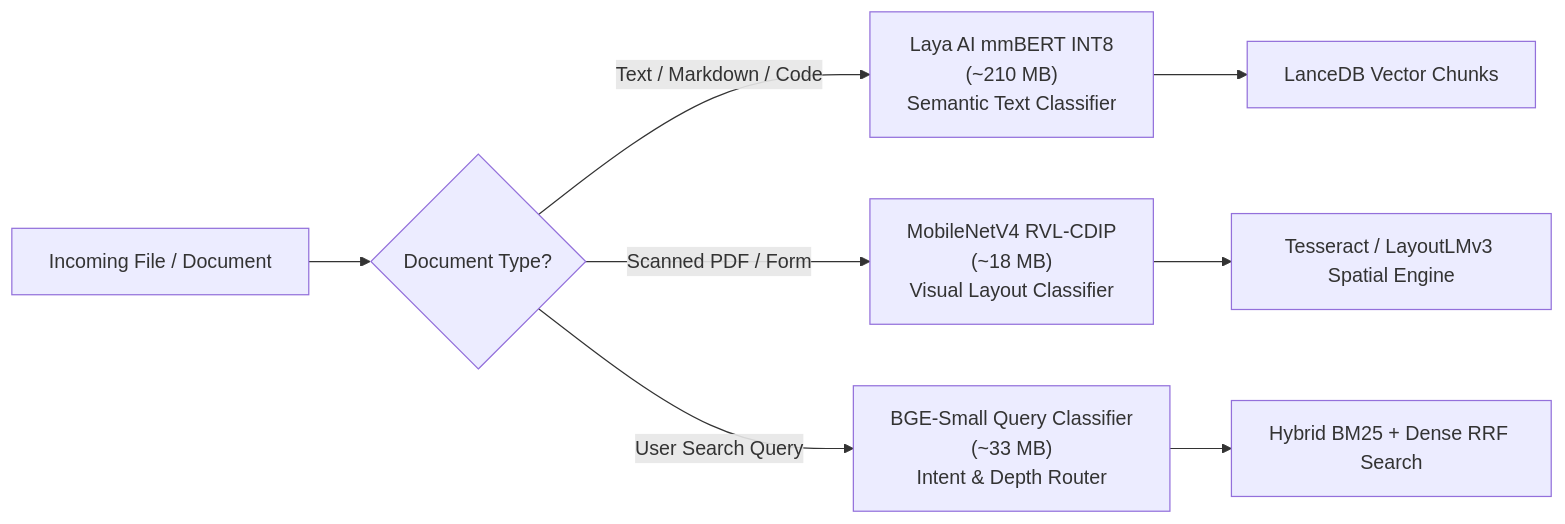
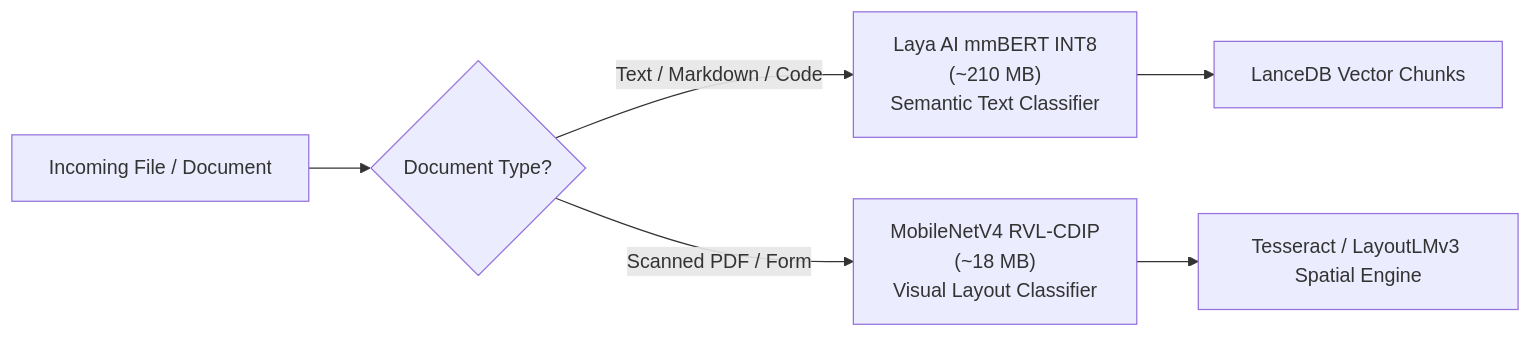
Before and after one commit to Levix-Digital/any-context: the diagram in config/SYSTEM_KNOWLEDGE.md, drawn with Mermaid. The commit also changed other lines of this file and 13 other files, not shown here.

````diff
--- a/config/SYSTEM_KNOWLEDGE.md
+++ b/config/SYSTEM_KNOWLEDGE.md
@@ -170,11 +170,9 @@
 ```mermaid
 flowchart LR
     INPUT["Incoming File / Document"] --> ROUTE{"Document Type?"}
     ROUTE -->|Text / Markdown / Code| LAYA["Laya AI mmBERT INT8<br/>(~210 MB)<br/>Semantic Text Classifier"]
     ROUTE -->|Scanned PDF / Form| MOBILENET["MobileNetV4 RVL-CDIP<br/>(~18 MB)<br/>Visual Layout Classifier"]
-    ROUTE -->|User Search Query| BGE["BGE-Small Query Classifier<br/>(~33 MB)<br/>Intent & Depth Router"]
     
     LAYA --> LANCE["LanceDB Vector Chunks"]
     MOBILENET --> OCR["Tesseract / LayoutLMv3 Spatial Engine"]
-    BGE --> RETRIEVE["Hybrid BM25 + Dense RRF Search"]
 ```
````
